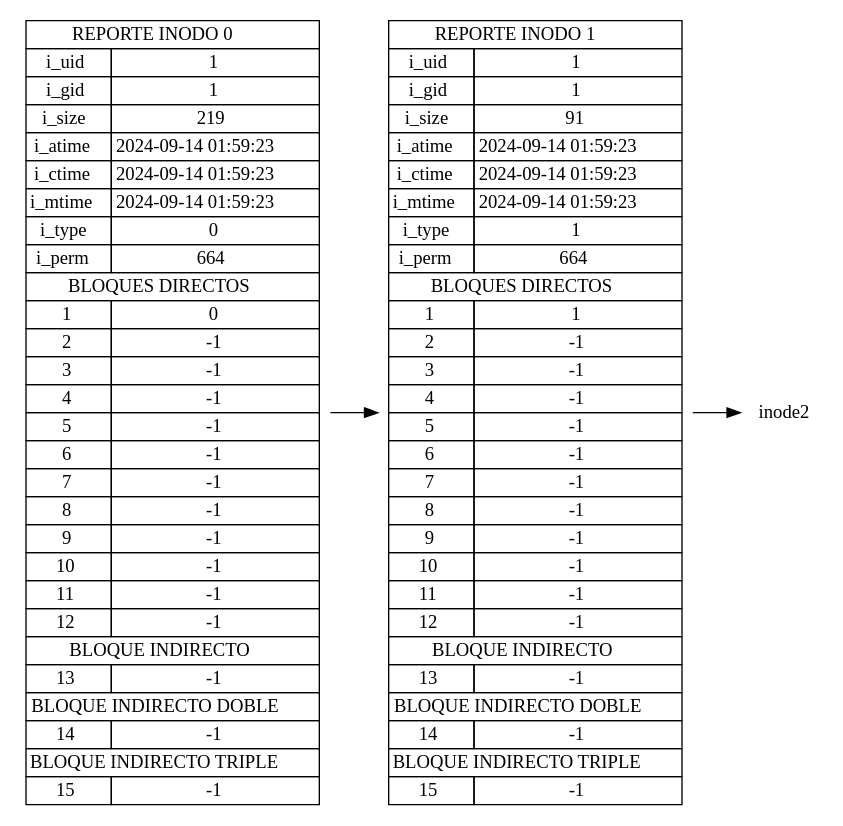
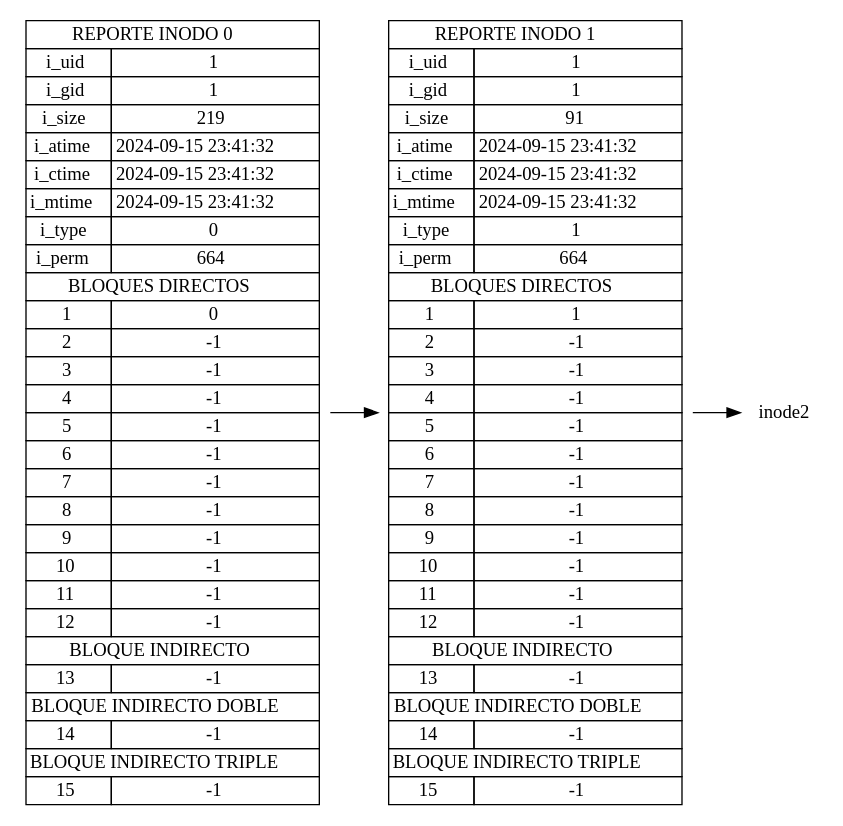
Before and after one commit to Josue013/MIA_2S_P1_202202481: the diagram in output/reporteINODE.pdf.dot, drawn with Graphviz. The commit also changed 23 other files, not shown here.

```diff
--- a/output/reporteINODE.pdf.dot
+++ b/output/reporteINODE.pdf.dot
@@ -1,46 +1,46 @@
 digraph G {
 			rankdir=LR;
 			node [shape=plaintext]
 	inode0 [label=<
 					<table border="0" cellborder="1" cellspacing="0">
 							<tr><td colspan="2"> REPORTE INODO 0 </td></tr>
 							<tr><td>i_uid</td><td>1</td></tr>
 							<tr><td>i_gid</td><td>1</td></tr>
 							<tr><td>i_size</td><td>219</td></tr>
-							<tr><td>i_atime</td><td>2024-09-14 01:59:23</td></tr>
-							<tr><td>i_ctime</td><td>2024-09-14 01:59:23</td></tr>
-							<tr><td>i_mtime</td><td>2024-09-14 01:59:23</td></tr>
+							<tr><td>i_atime</td><td>2024-09-15 23:41:32</td></tr>
+							<tr><td>i_ctime</td><td>2024-09-15 23:41:32</td></tr>
+							<tr><td>i_mtime</td><td>2024-09-15 23:41:32</td></tr>
 							<tr><td>i_type</td><td>0</td></tr>
 							<tr><td>i_perm</td><td>664</td></tr>
 							<tr><td colspan="2">BLOQUES DIRECTOS</td></tr>
 					<tr><td>1</td><td>0</td></tr><tr><td>2</td><td>-1</td></tr><tr><td>3</td><td>-1</td></tr><tr><td>4</td><td>-1</td></tr><tr><td>5</td><td>-1</td></tr><tr><td>6</td><td>-1</td></tr><tr><td>7</td><td>-1</td></tr><tr><td>8</td><td>-1</td></tr><tr><td>9</td><td>-1</td></tr><tr><td>10</td><td>-1</td></tr><tr><td>11</td><td>-1</td></tr><tr><td>12</td><td>-1</td></tr>
 							<tr><td colspan="2">BLOQUE INDIRECTO</td></tr>
 							<tr><td>13</td><td>-1</td></tr>
 							<tr><td colspan="2">BLOQUE INDIRECTO DOBLE</td></tr>
 							<tr><td>14</td><td>-1</td></tr>
 							<tr><td colspan="2">BLOQUE INDIRECTO TRIPLE</td></tr>
 							<tr><td>15</td><td>-1</td></tr>
 					</table>>];
 			inode0 -> inode1;
 inode1 [label=<
 					<table border="0" cellborder="1" cellspacing="0">
 							<tr><td colspan="2"> REPORTE INODO 1 </td></tr>
 							<tr><td>i_uid</td><td>1</td></tr>
 							<tr><td>i_gid</td><td>1</td></tr>
 							<tr><td>i_size</td><td>91</td></tr>
-							<tr><td>i_atime</td><td>2024-09-14 01:59:23</td></tr>
-							<tr><td>i_ctime</td><td>2024-09-14 01:59:23</td></tr>
-							<tr><td>i_mtime</td><td>2024-09-14 01:59:23</td></tr>
+							<tr><td>i_atime</td><td>2024-09-15 23:41:32</td></tr>
+							<tr><td>i_ctime</td><td>2024-09-15 23:41:32</td></tr>
+							<tr><td>i_mtime</td><td>2024-09-15 23:41:32</td></tr>
 							<tr><td>i_type</td><td>1</td></tr>
 							<tr><td>i_perm</td><td>664</td></tr>
 							<tr><td colspan="2">BLOQUES DIRECTOS</td></tr>
 					<tr><td>1</td><td>1</td></tr><tr><td>2</td><td>-1</td></tr><tr><td>3</td><td>-1</td></tr><tr><td>4</td><td>-1</td></tr><tr><td>5</td><td>-1</td></tr><tr><td>6</td><td>-1</td></tr><tr><td>7</td><td>-1</td></tr><tr><td>8</td><td>-1</td></tr><tr><td>9</td><td>-1</td></tr><tr><td>10</td><td>-1</td></tr><tr><td>11</td><td>-1</td></tr><tr><td>12</td><td>-1</td></tr>
 							<tr><td colspan="2">BLOQUE INDIRECTO</td></tr>
 							<tr><td>13</td><td>-1</td></tr>
 							<tr><td colspan="2">BLOQUE INDIRECTO DOBLE</td></tr>
 							<tr><td>14</td><td>-1</td></tr>
 							<tr><td colspan="2">BLOQUE INDIRECTO TRIPLE</td></tr>
 							<tr><td>15</td><td>-1</td></tr>
 					</table>>];
 			inode1 -> inode2;
 }
```
